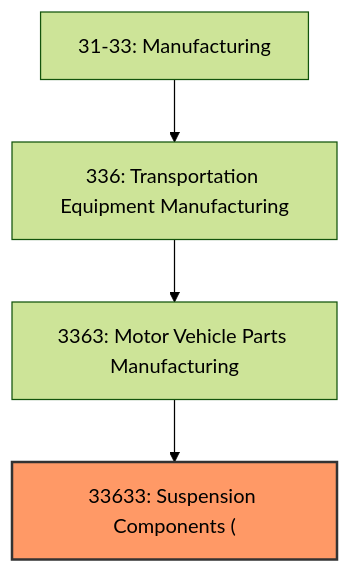
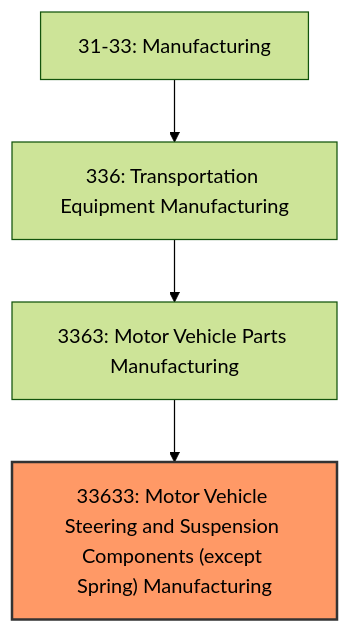
Before and after one commit to kziemski/business.org.ai: the first of 3 diagrams in industries/Manufacturing/TransportationEquipmentManufacturing/MotorVehiclePartsManufacturing/SuspensionComponents.mdx, drawn with Mermaid (forest theme). The commit also changed other lines of this file and 67418 other files, not shown here.

````diff
--- a/industries/Manufacturing/TransportationEquipmentManufacturing/MotorVehiclePartsManufacturing/SuspensionComponents.mdx
+++ b/industries/Manufacturing/TransportationEquipmentManufacturing/MotorVehiclePartsManufacturing/SuspensionComponents.mdx
@@ -20,8 +20,8 @@
 ```mermaid
 graph TD
     S31["31-33: Manufacturing"]
     S31 --> N336["336: Transportation Equipment Manufacturing"]
     N336 --> N3363["3363: Motor Vehicle Parts Manufacturing"]
-    N3363 --> N33633["33633: Suspension Components ("]
+    N3363 --> N33633["33633: Motor Vehicle Steering and Suspension Components (except Spring) Manufacturing"]
     style N33633 fill:#f96,stroke:#333,stroke-width:2px
 ```
````
